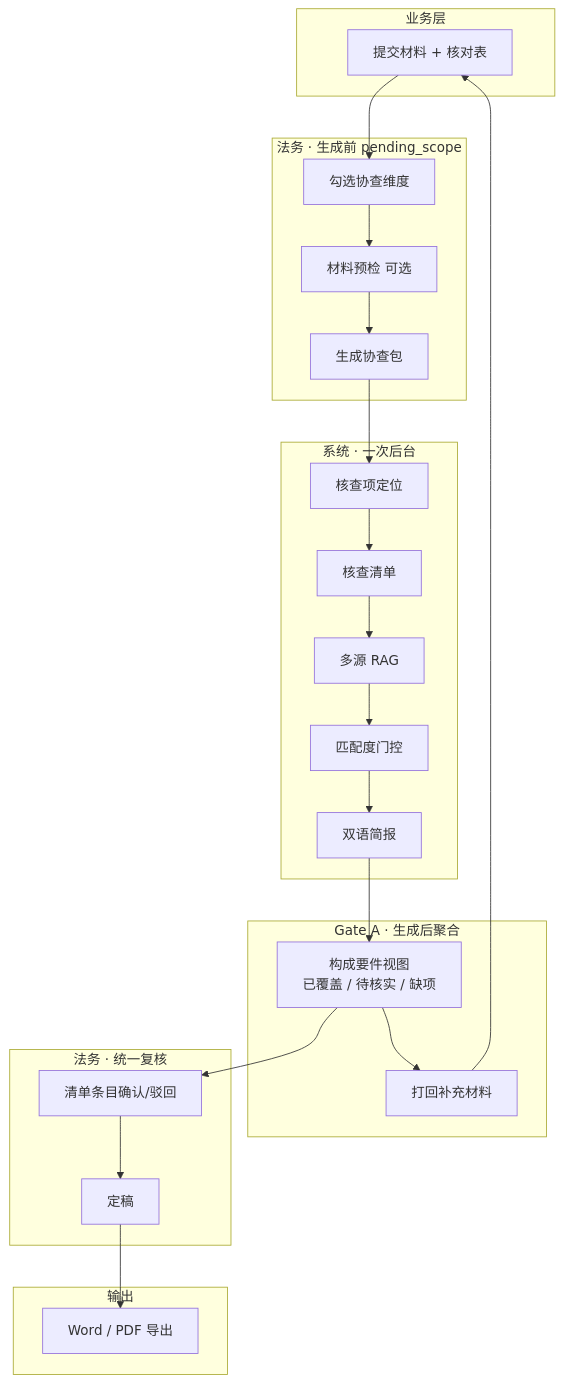
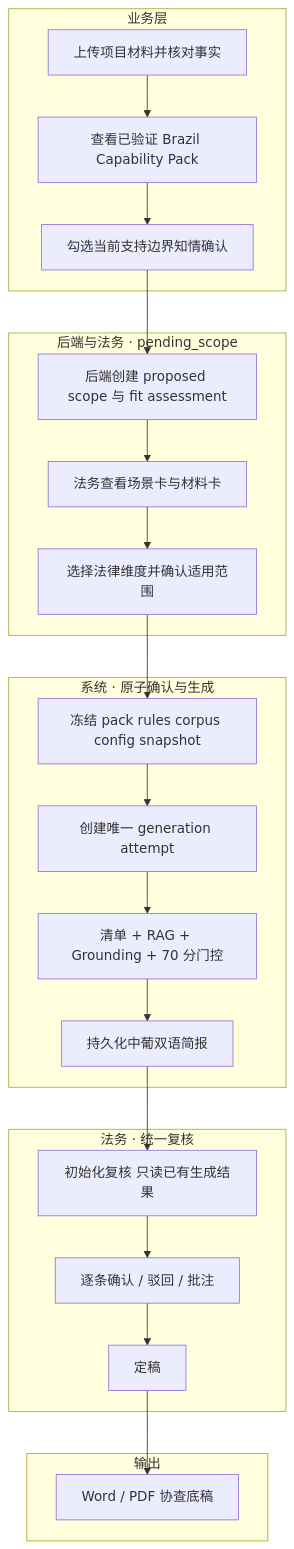
One commit to so-ki/vela changed the diagram in docs/vela_investigation_workflow_v2.md. Above: the diagram before and after it, drawn with Mermaid. The commit also changed other lines of this file and 135 other files, not shown here.

````diff
--- a/docs/vela_investigation_workflow_v2.md
+++ b/docs/vela_investigation_workflow_v2.md
@@ -10,44 +10,35 @@
 ```mermaid
 flowchart TB
   subgraph biz [业务层]
-    A[提交材料 + 核对表]
+    A[上传项目材料并核对事实]
+    B[查看已验证 Brazil Capability Pack]
+    C[勾选当前支持边界知情确认]
   end
 
-  subgraph pre [法务 · 生成前 pending_scope]
-    B[勾选协查维度]
-    C[材料预检 可选]
-    D[生成协查包]
+  subgraph scope [后端与法务 · pending_scope]
+    D[后端创建 proposed scope 与 fit assessment]
+    E[法务查看场景卡与材料卡]
+    F[选择法律维度并确认适用范围]
   end
 
-  subgraph auto [系统 · 一次后台]
-    E[核查项定位]
-    F[核查清单]
-    G[多源 RAG]
-    H[匹配度门控]
-    I[双语简报]
-  end
-
-  subgraph gate [Gate A · 生成后聚合]
-    J[构成要件视图\n已覆盖 / 待核实 / 缺项]
-    K[打回补充材料]
+  subgraph generate [系统 · 原子确认与生成]
+    G[冻结 pack rules corpus config snapshot]
+    H[创建唯一 generation attempt]
+    I[清单 + RAG + Grounding + 70 分门控]
+    J[持久化中葡双语简报]
   end
 
   subgraph review [法务 · 统一复核]
-    L[清单条目确认/驳回]
+    K[初始化复核 只读已有生成结果]
+    L[逐条确认 / 驳回 / 批注]
     M[定稿]
   end
 
   subgraph out [输出]
-    N[Word / PDF 导出]
+    N[Word / PDF 协查底稿]
   end
 
-  A --> B
-  B --> C
-  C --> D
-  D --> E --> F --> G --> H --> I
-  I --> J
-  J --> L
-  J --> K
-  K --> A
-  L --> M --> N
+  A --> B --> C --> D
+  D --> E --> F --> G --> H --> I --> J
+  J --> K --> L --> M --> N
 ```
````
